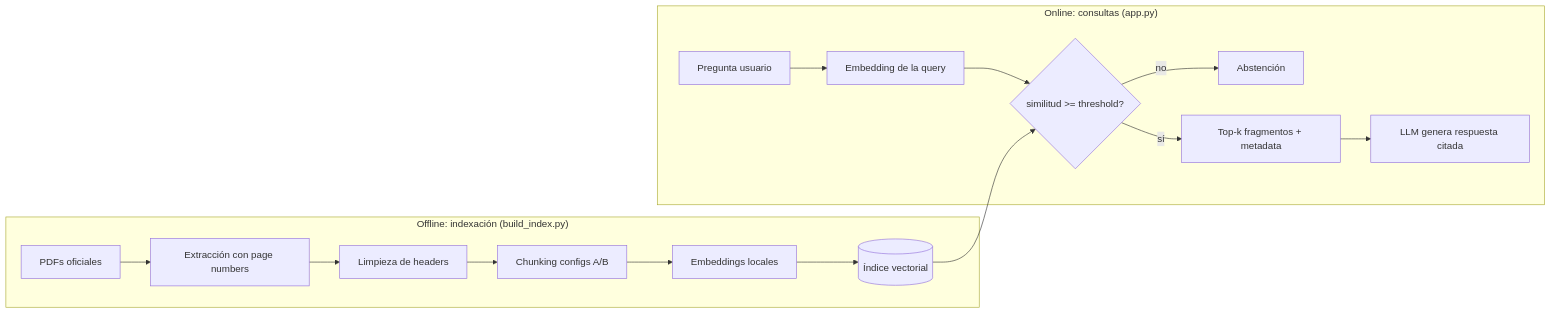
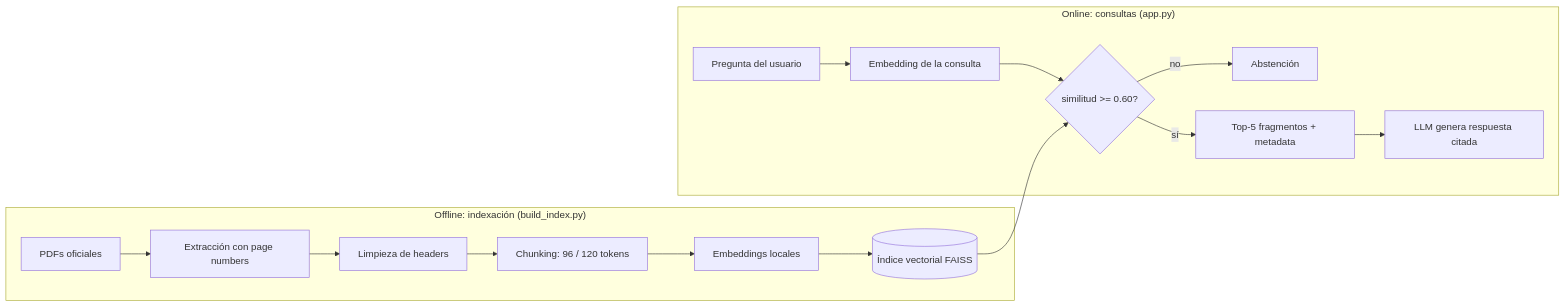
Before and after one commit to JOrtega0210/HW3-DataScience: the first of 2 diagrams in docs/pipeline.md, drawn with Mermaid. The commit also changed other lines of this file and 4 other files, not shown here.

````diff
--- a/docs/pipeline.md
+++ b/docs/pipeline.md
@@ -9,18 +8,18 @@
 ```mermaid
 flowchart LR
     subgraph Offline["Offline: indexación (build_index.py)"]
         A[PDFs oficiales] --> B[Extracción con page numbers]
         B --> C[Limpieza de headers]
-        C --> D[Chunking configs A/B]
+        C --> D["Chunking: 96 / 120 tokens"]
         D --> E[Embeddings locales]
-        E --> F[(Índice vectorial)]
+        E --> F[(Índice vectorial FAISS)]
     end
     subgraph Online["Online: consultas (app.py)"]
-        G[Pregunta usuario] --> H[Embedding de la query]
-        H --> I{similitud >= threshold?}
+        G[Pregunta del usuario] --> H[Embedding de la consulta]
+        H --> I{"similitud >= 0.60?"}
         I -- no --> J[Abstención]
-        I -- sí --> K[Top-k fragmentos + metadata]
+        I -- sí --> K[Top-5 fragmentos + metadata]
         K --> L[LLM genera respuesta citada]
     end
     F --> I
 ```
````
